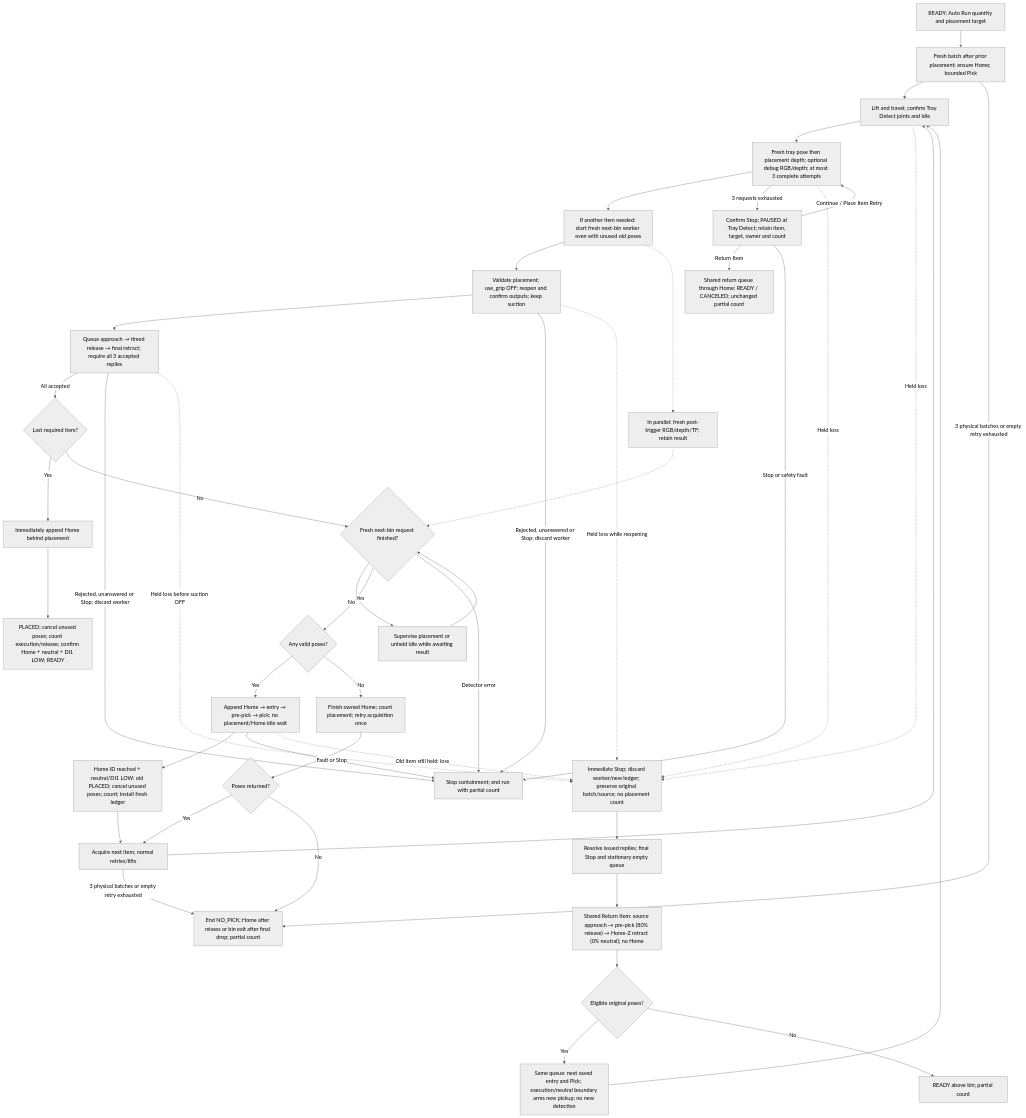
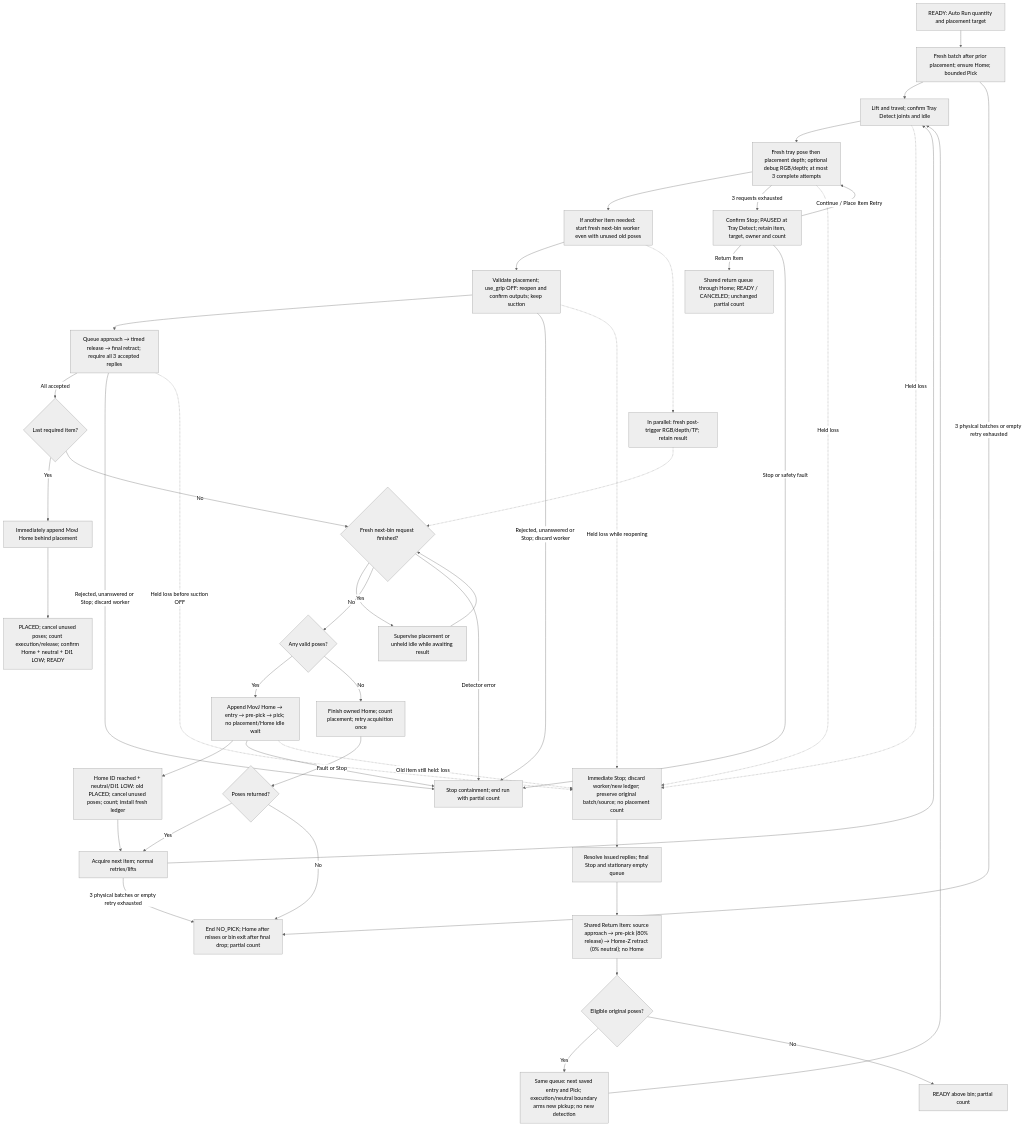
One commit to esgange/dobot_picknplace_yolo changed the sixth of 9 diagrams in docs/ROBOT_CONTROLLER_FSM.md. Above: the diagram before and after it, drawn with Mermaid (neutral theme). The commit also changed other lines of this file and 24 other files, not shown here.

Commit message:
Use absolute joint MovJ for all controller Home destinations

````diff
--- a/docs/ROBOT_CONTROLLER_FSM.md
+++ b/docs/ROBOT_CONTROLLER_FSM.md
@@ -1030,47 +1040,47 @@
 ```mermaid
 flowchart TD
     Start["READY: Auto Run quantity and placement target"] --> Pick["Fresh batch after prior placement; ensure Home; bounded Pick"]
     Pick --> Tray["Lift and travel; confirm Tray Detect joints and idle"]
     Tray --> Observe["Fresh tray pose then placement depth; optional debug RGB/depth; at most 3 complete attempts"]
     Observe --> Prefetch["If another item needed: start fresh next-bin worker even with unused old poses"]
     Prefetch --> Fingers["Validate placement; use_grip OFF: reopen and confirm outputs; keep suction"]
     Fingers --> Place["Queue approach → timed release → final retract; require all 3 accepted replies"]
     Prefetch -.-> Capture["In parallel: fresh post-trigger RGB/depth/TF; retain result"]
     Place -->|All accepted| Last{"Last required item?"}
-    Last -->|Yes| Home["Immediately append Home behind placement"]
+    Last -->|Yes| Home["Immediately append MovJ Home behind placement"]
     Home --> Done["PLACED; cancel unused poses; count execution/release; confirm Home + neutral + DI1 LOW; READY"]
     Last -->|No| Ready{"Fresh next-bin request finished?"}
     Capture -.-> Ready
     Ready -->|No| Wait["Supervise placement or unheld idle while awaiting result"]
     Wait --> Ready
     Ready -->|Yes| Poses{"Any valid poses?"}
-    Poses -->|Yes| Append["Append Home → entry → pre-pick → pick; no placement/Home idle wait"]
+    Poses -->|Yes| Append["Append MovJ Home → entry → pre-pick → pick; no placement/Home idle wait"]
     Poses -->|No| RetryHome["Finish owned Home; count placement; retry acquisition once"]
     RetryHome --> Retried{"Poses returned?"}
     Retried -->|Yes| Next
     Retried -->|No| Empty
     Append --> Boundary["Home ID reached + neutral/DI1 LOW: old PLACED; cancel unused poses; count; install fresh ledger"]
     Boundary --> Next["Acquire next item; normal retries/lifts"]
     Next --> Tray
     Pick -->|3 physical batches or empty retry exhausted| Empty["End NO_PICK; Home after misses or bin exit after final drop; partial count"]
     Next -->|3 physical batches or empty retry exhausted| Empty
     Observe -->|3 requests exhausted| Paused["Confirm Stop; PAUSED at Tray Detect; retain item, target, owner and count"]
     Paused -->|Continue / Place Item Retry| Observe
     Paused -->|Return Item| PutBack["Shared return queue through Home; READY / CANCELED; unchanged partial count"]
     Paused -->|Stop or safety fault| Fail["Stop containment; end run with partial count"]
     Fingers -->|Rejected, unanswered or Stop; discard worker| Fail
     Place -->|Rejected, unanswered or Stop; discard worker| Fail
     Ready -->|Detector error| Fail
     Append -->|Fault or Stop| Fail
     Tray -. "Held loss" .-> Drop
     Observe -. "Held loss" .-> Drop
     Fingers -. "Held loss while reopening" .-> Drop
     Place -. "Held loss before suction OFF" .-> Drop
     Append -. "Old item still held: loss" .-> Drop["Immediate Stop; discard worker/new ledger; preserve original batch/source; no placement count"]
     Drop --> Contain["Resolve issued replies; final Stop and stationary empty queue"]
     Contain --> Return["Shared Return Item: source approach → pre-pick (80% release) → Home-Z retract (0% neutral); no Home"]
     Return --> Saved{"Eligible original poses?"}
     Saved -->|Yes| SavedPick["Same queue: next saved entry and Pick; execution/neutral boundary arms new pickup; no new detection"]
     SavedPick --> Tray
     Saved -->|No| DroppedEnd["READY above bin; partial count"]
 ```
````
